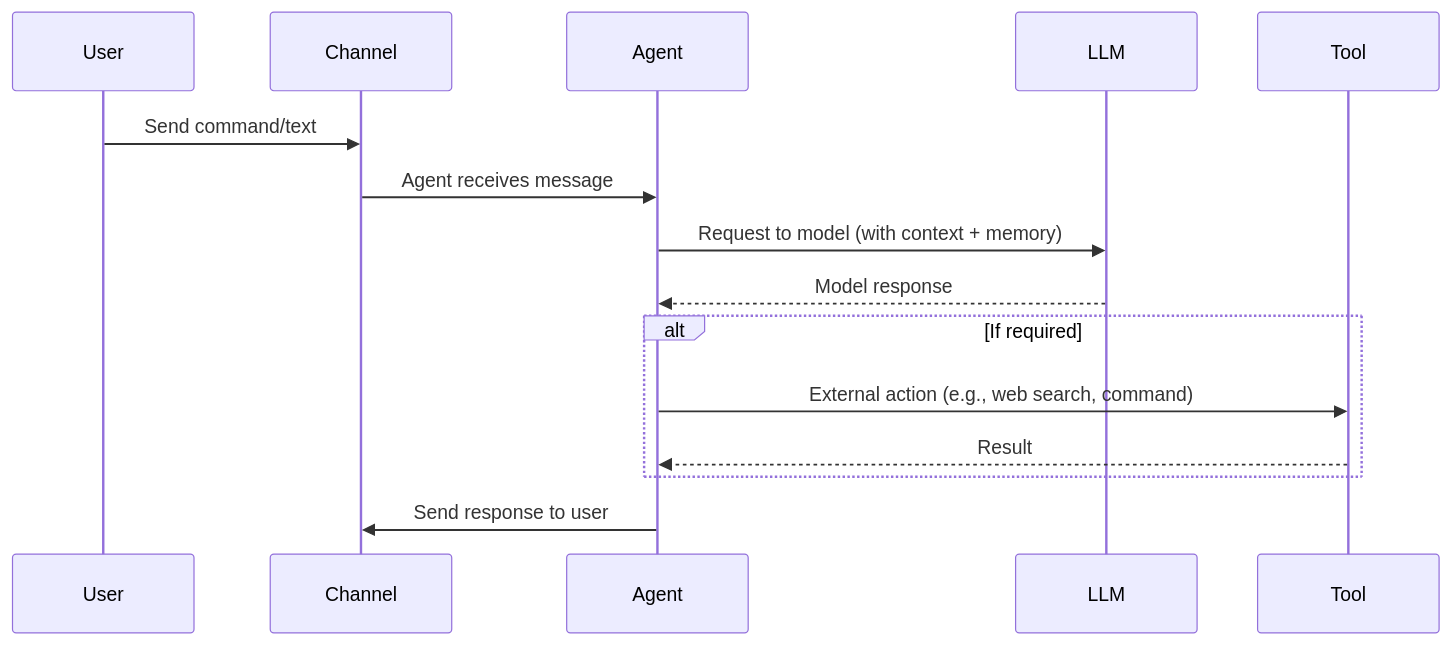
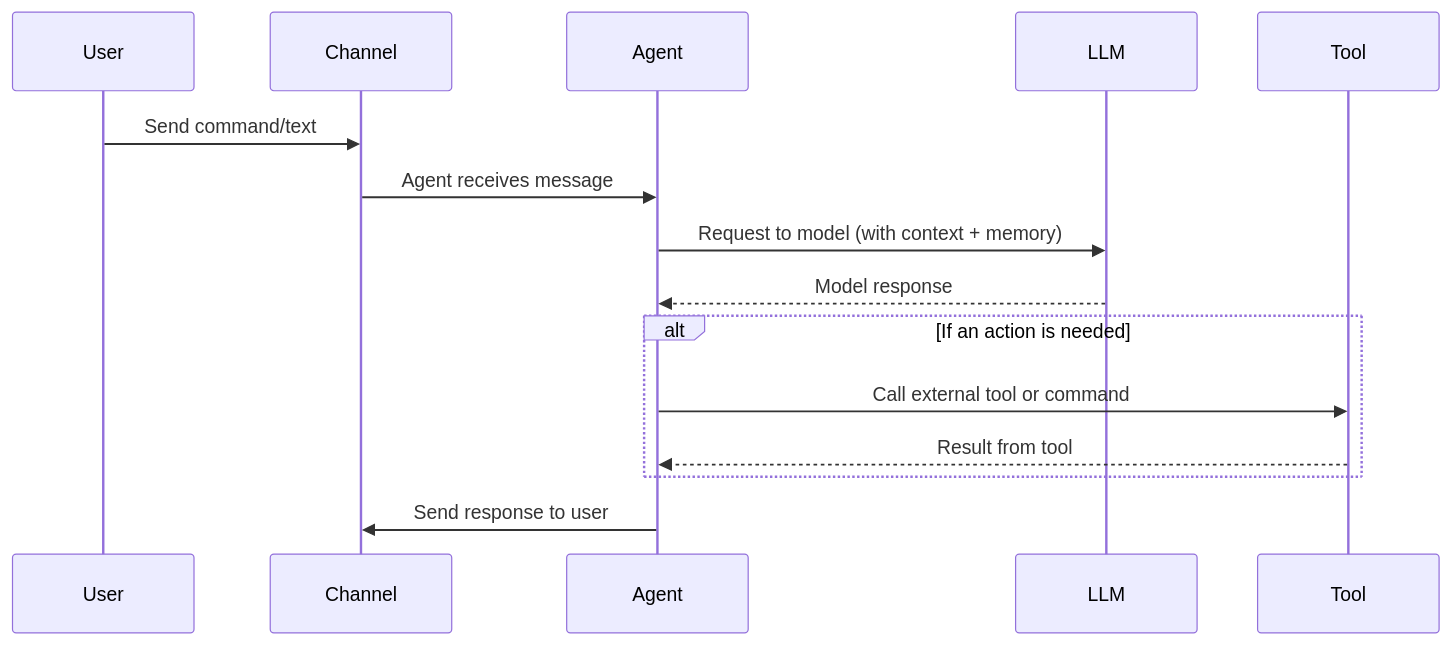
One commit to hermes-speedboat/wikijs.bitbull changed the second of 2 diagrams in blog/ai_assitants_explained.md. Above: the diagram before and after it, drawn with Mermaid. The commit also changed other lines of this file, not shown here.

````diff
--- a/blog/ai_assitants_explained.md
+++ b/blog/ai_assitants_explained.md
@@ -66,17 +45,17 @@
 ```mermaid
 sequenceDiagram
   participant User
   participant Channel
   participant Agent
   participant LLM
   participant Tool
   User->>Channel: Send command/text
   Channel->>Agent: Agent receives message
   Agent->>LLM: Request to model (with context + memory)
   LLM-->>Agent: Model response
-  alt If required
-    Agent->>Tool: External action (e.g., web search, command)
-    Tool-->>Agent: Result
+  alt If an action is needed
+    Agent->>Tool: Call external tool or command
+    Tool-->>Agent: Result from tool
   end
   Agent->>Channel: Send response to user
 ```
````
